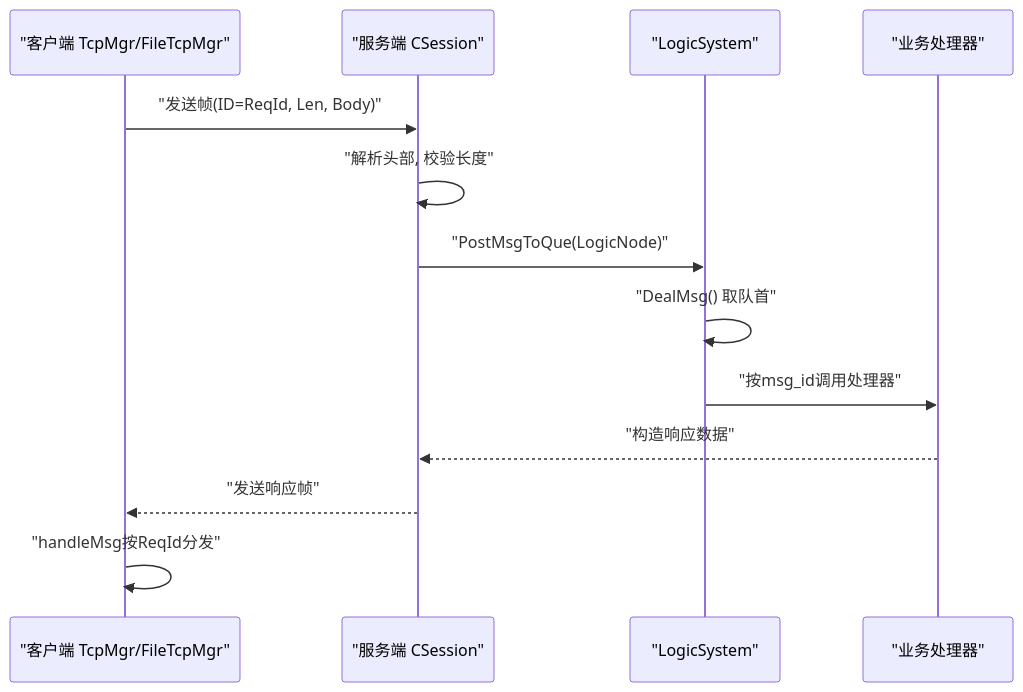
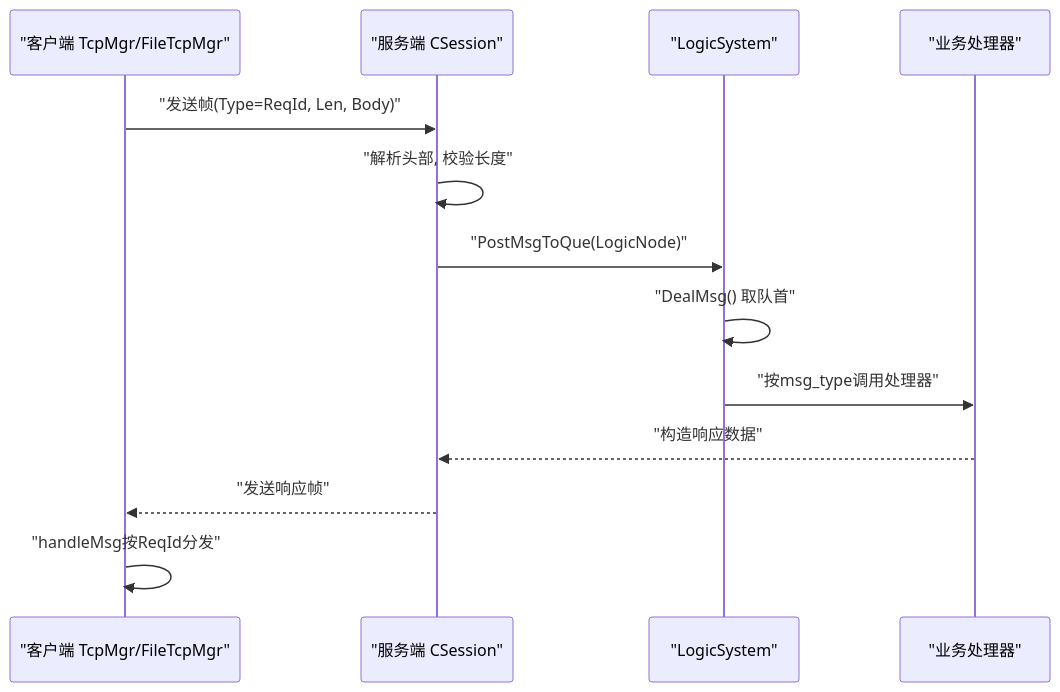
The fifth of 6 diagrams in .qoder/repowiki/zh/content/网络通信/TCP通信协议/TCP消息协议/消息路由与分发.md (echo9923/mychatter), drawn with Mermaid before and after one commit. The commit also changed other lines of this file and 128 other files, not shown here.

````diff
--- a/.qoder/repowiki/zh/content/网络通信/TCP通信协议/TCP消息协议/消息路由与分发.md
+++ b/.qoder/repowiki/zh/content/网络通信/TCP通信协议/TCP消息协议/消息路由与分发.md
@@ -209,15 +209,15 @@
 ```mermaid
 sequenceDiagram
 participant C as "客户端 TcpMgr/FileTcpMgr"
 participant S as "服务端 CSession"
 participant L as "LogicSystem"
 participant H as "业务处理器"
-C->>S : "发送帧(ID=ReqId, Len, Body)"
+C->>S : "发送帧(Type=ReqId, Len, Body)"
 S->>S : "解析头部, 校验长度"
 S->>L : "PostMsgToQue(LogicNode)"
 L->>L : "DealMsg() 取队首"
-L->>H : "按msg_id调用处理器"
+L->>H : "按msg_type调用处理器"
 H-->>S : "构造响应数据"
 S-->>C : "发送响应帧"
 C->>C : "handleMsg按ReqId分发"
 ```
````
